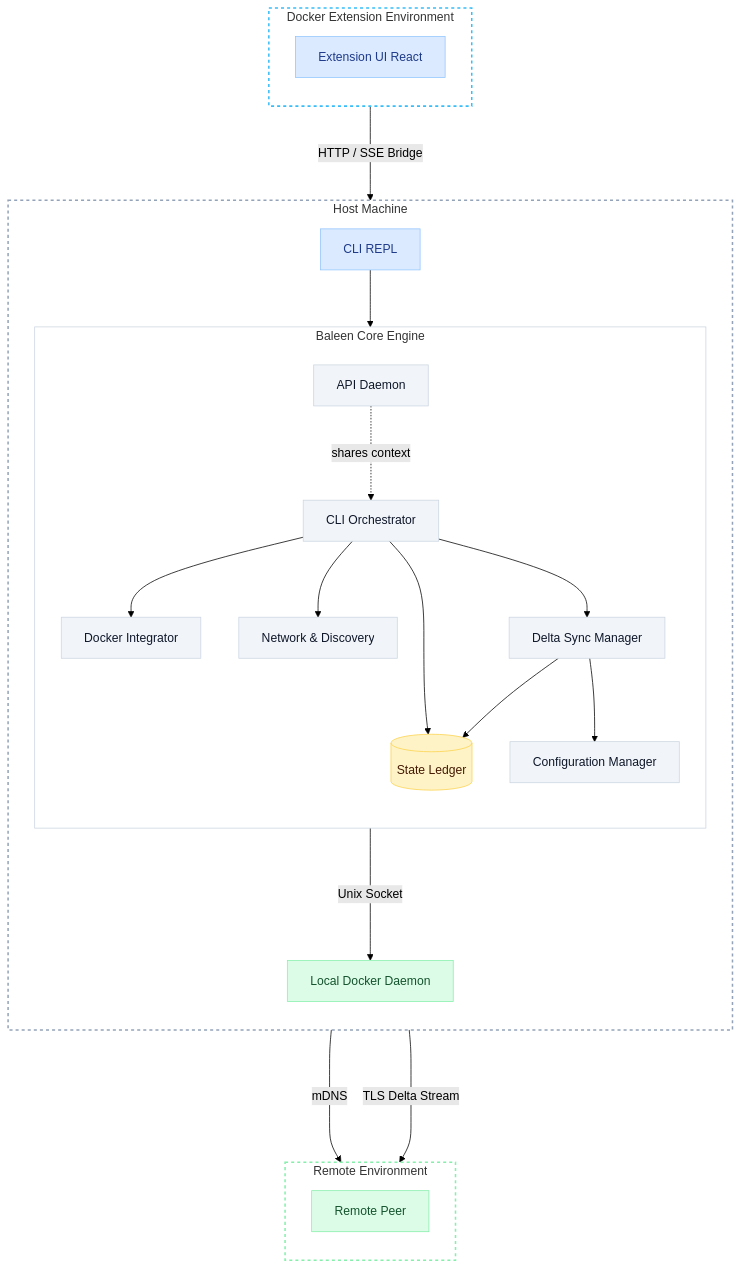
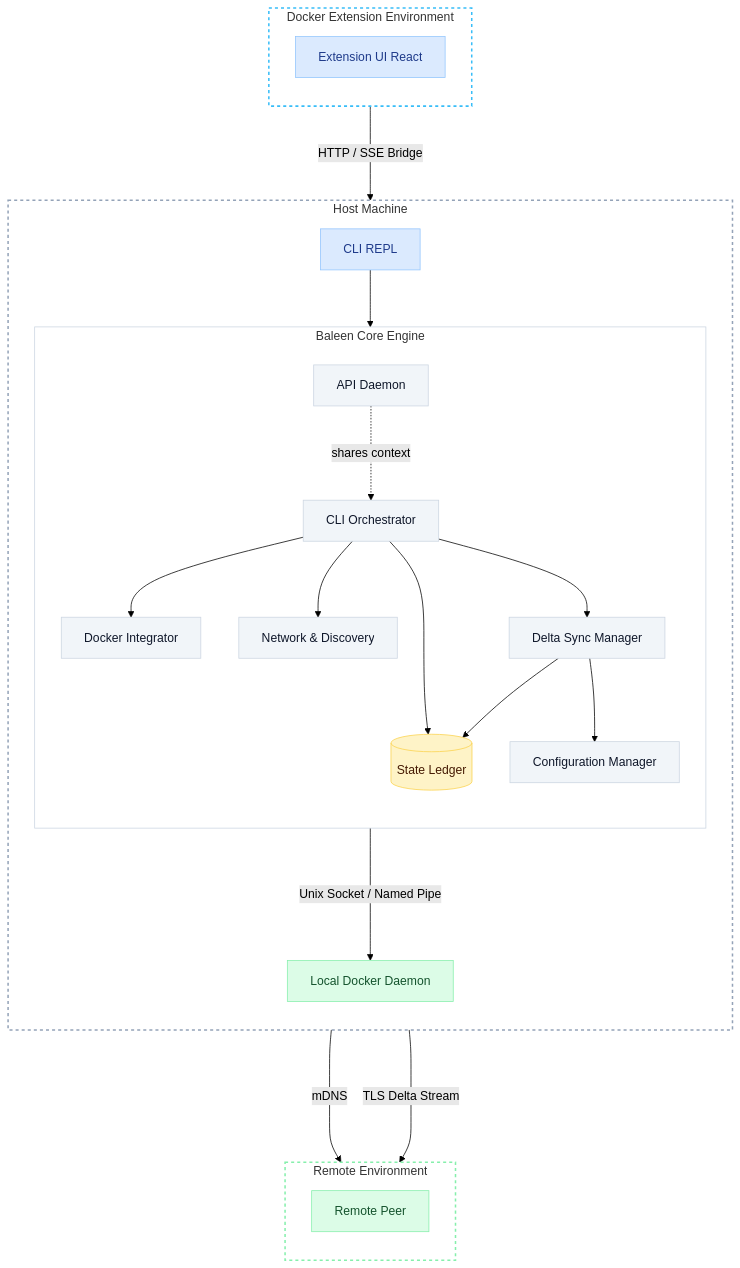
One commit to BGYKanishka/baleen-engine changed the diagram in README.md. Above: the diagram before and after it, drawn with Mermaid (forest theme). The commit also changed other lines of this file, not shown here.

Commit message:
update diagram

````diff
--- a/README.md
+++ b/README.md
@@ -31,62 +31,62 @@
 ```mermaid
 graph TD
     %% Node Styling (Muted, professional colors)
     classDef ui fill:#dbeafe,stroke:#93c5fd,color:#1e3a8a;
     classDef core fill:#f1f5f9,stroke:#cbd5e1,color:#0f172a;
     classDef db fill:#fef3c7,stroke:#fcd34d,color:#451a03;
     classDef ext fill:#dcfce7,stroke:#86efac,color:#14532d;
 
     %% Environment Boundaries Styling
     style DockerExt fill:none,stroke:#38bdf8,stroke-width:2px,stroke-dasharray: 4 4
     style HostOS fill:none,stroke:#94a3b8,stroke-width:2px,stroke-dasharray: 4 4
     style Core fill:none,stroke:#cbd5e1,stroke-width:1px
     style RemoteMachine fill:none,stroke:#86efac,stroke-width:2px,stroke-dasharray: 4 4
 
     subgraph DockerExt [Docker Extension Environment]
         direction TB
         UI[Extension UI React]:::ui
     end
 
     subgraph HostOS [Host Machine]
         direction TB
         CLI[CLI REPL]:::ui
         
         subgraph Core [Baleen Core Engine]
             direction TB
             API[API Daemon]:::core
             CLI_PKG[CLI Orchestrator]:::core
             Net[Network & Discovery]:::core
             Trans[Delta Sync Manager]:::core
             Doc[Docker Integrator]:::core
             Ledger[(State Ledger)]:::db
             Config[Configuration Manager]:::core
         end
         
         Daemon[Local Docker Daemon]:::ext
     end
 
     subgraph RemoteMachine [Remote Environment]
         direction TB
         Peer[Remote Peer]:::ext
     end
 
     %% Environment Crossing
     UI --->|HTTP / SSE Bridge| API
     
     %% Internal Host connections
     CLI --> CLI_PKG
     API -.->|shares context| CLI_PKG
     
     CLI_PKG --> Doc
     CLI_PKG --> Ledger
     CLI_PKG --> Net
     CLI_PKG --> Trans
     
     Trans --> Config
     Trans --> Ledger
-    Doc --->|Unix Socket| Daemon
+    Doc --->|Unix Socket / Named Pipe| Daemon
 
     %% Network Connections
     Net ---->|mDNS| Peer
     Trans ---->|TLS Delta Stream| Peer
 ```
````
